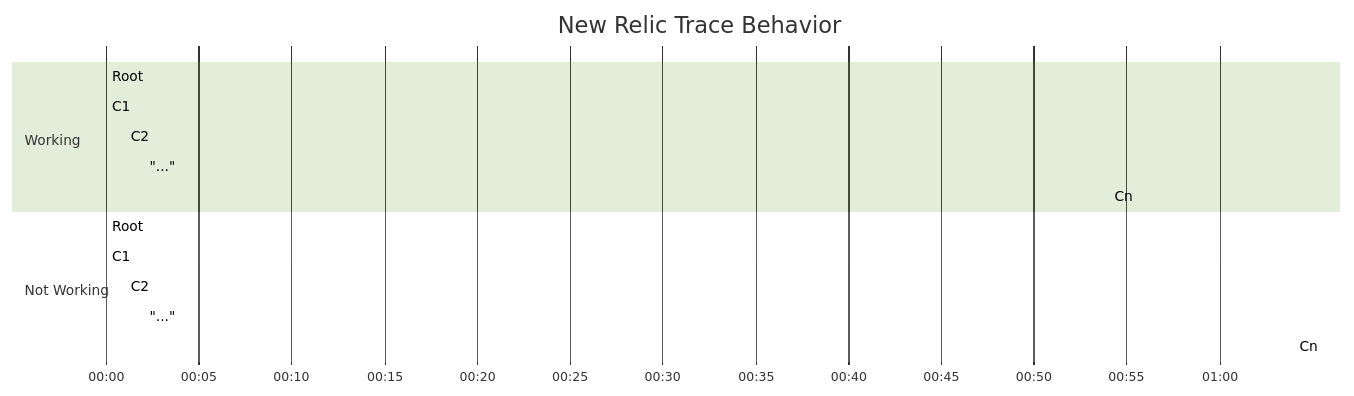
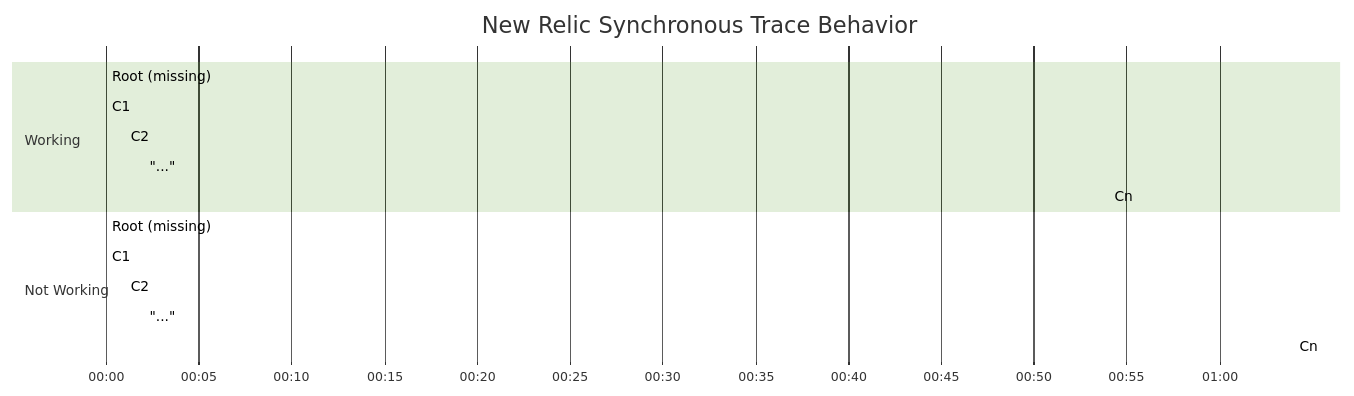
The first of 2 diagrams in README.md (danelson/new-relic-trace-duration), drawn with Mermaid (forest theme) before and after one commit. The commit also changed other lines of this file and 5 other files, not shown here.

````diff
--- a/README.md
+++ b/README.md
@@ -7,20 +9,20 @@
 ```mermaid
 gantt
-    title      New Relic Trace Behavior
+    title      New Relic Synchronous Trace Behavior
     dateFormat HH:mm
     axisFormat %H:%M
 
     section Working
-    Root        : 00:00, 55min
-    C1          : 00:00, 1min
-    C2          : 00:01, 1min
-    "..."       : 00:02, 52min
-    Cn          : 00:54, 1min
+    Root (missing) : 00:00, 55min
+    C1             : 00:00, 1min
+    C2             : 00:01, 1min
+    "..."          : 00:02, 52min
+    Cn             : 00:54, 1min
 
     section Not Working
-    Root        : 00:00, 65min
-    C1          : 00:00, 1min
-    C2          : 00:01, 1min
-    "..."       : 00:02, 62min
-    Cn          : 01:04,  1min
+    Root (missing) :crit, 00:00, 65min
+    C1             :      00:00, 1min
+    C2             :      00:01, 1min
+    "..."          :      00:02, 62min
+    Cn             :      01:04, 1min
 ```
````
